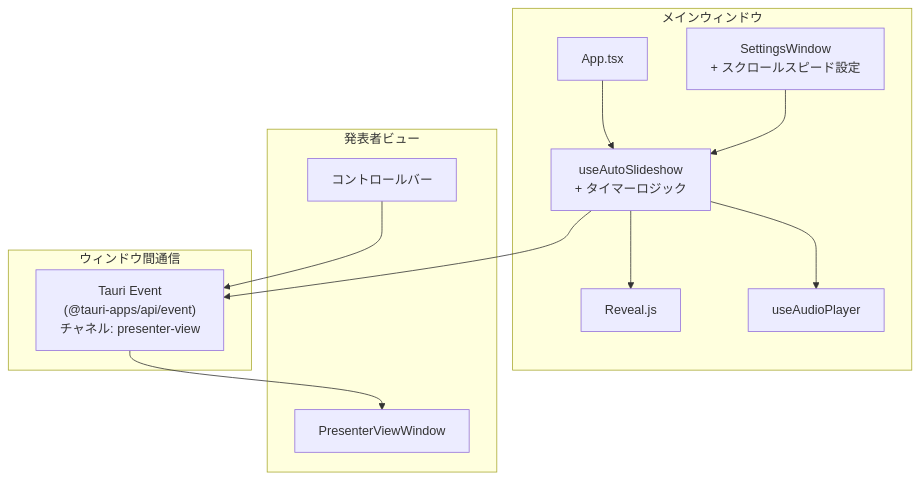
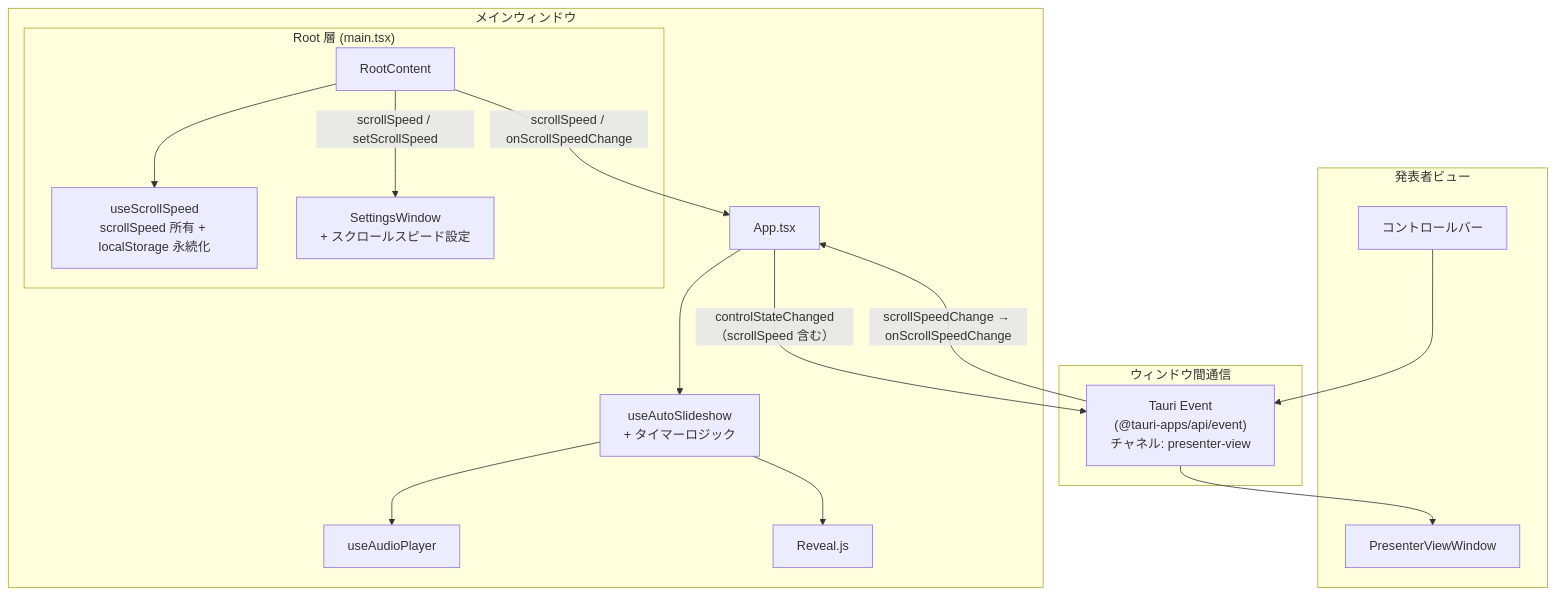
Before and after one commit to ToshikiImagawa/slide-presentation-app: the diagram in .sdd/specification/auto-scroll-timer_design.md, drawn with Mermaid. The commit also changed other lines of this file and 26 other files, not shown here.

````diff
--- a/.sdd/specification/auto-scroll-timer_design.md
+++ b/.sdd/specification/auto-scroll-timer_design.md
@@ -71,27 +71,34 @@
 ```mermaid
 graph TD
     subgraph "メインウィンドウ"
+        subgraph "Root 層 (main.tsx)"
+            RootContent[RootContent]
+            UseScrollSpeed["useScrollSpeed<br/>scrollSpeed 所有 + localStorage 永続化"]
+            SettingsWindow[SettingsWindow<br/>+ スクロールスピード設定]
+        end
         App[App.tsx]
         UseAutoSlideshow[useAutoSlideshow<br/>+ タイマーロジック]
         AudioPlayer[useAudioPlayer]
-        SettingsWindow[SettingsWindow<br/>+ スクロールスピード設定]
         Reveal[Reveal.js]
     end
 
     subgraph "発表者ビュー"
         PVWindow[PresenterViewWindow]
         PVControls[コントロールバー]
     end
 
     subgraph "ウィンドウ間通信"
         Evt["Tauri Event<br/>(@tauri-apps/api/event)<br/>チャネル: presenter-view"]
     end
 
+    RootContent --> UseScrollSpeed
+    RootContent -- "scrollSpeed / setScrollSpeed" --> SettingsWindow
+    RootContent -- "scrollSpeed / onScrollSpeedChange" --> App
     App --> UseAutoSlideshow
     UseAutoSlideshow --> AudioPlayer
     UseAutoSlideshow --> Reveal
-    SettingsWindow --> UseAutoSlideshow
-    UseAutoSlideshow --> Evt
+    App -- "controlStateChanged（scrollSpeed 含む）" --> Evt
+    Evt -- "scrollSpeedChange → onScrollSpeedChange" --> App
     Evt --> PVWindow
     PVControls --> Evt
 ```
````
